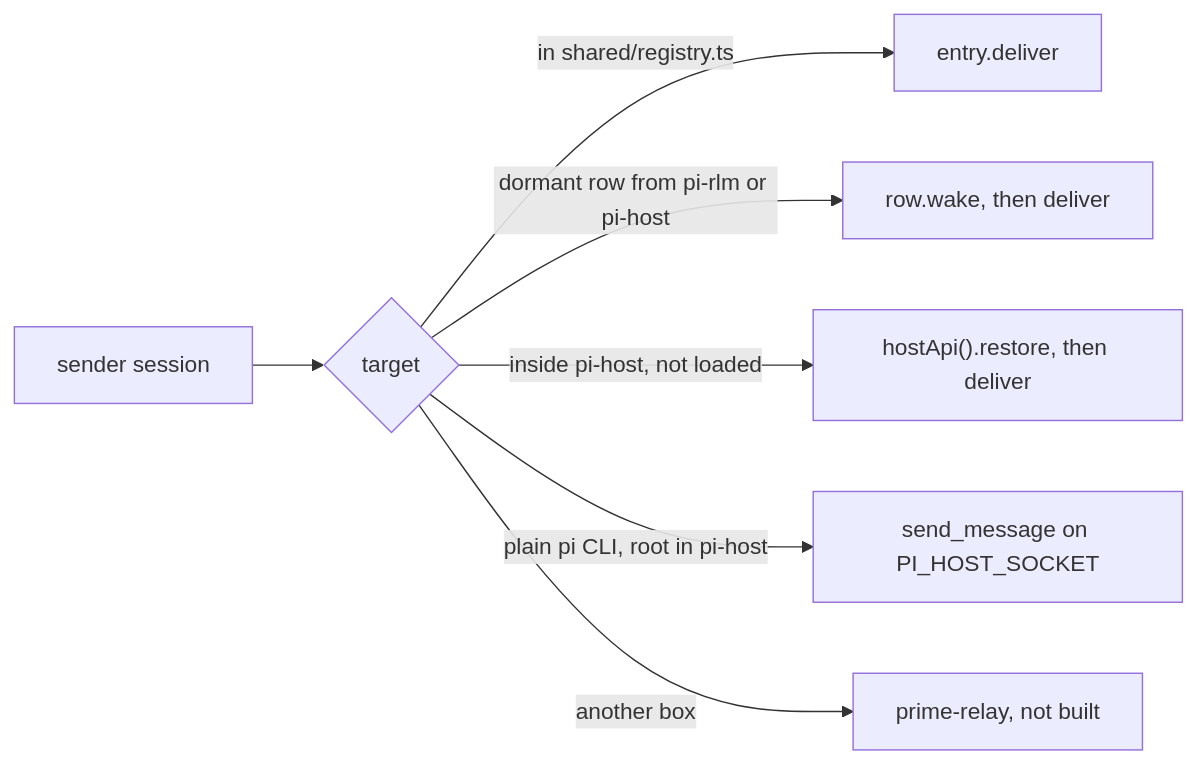
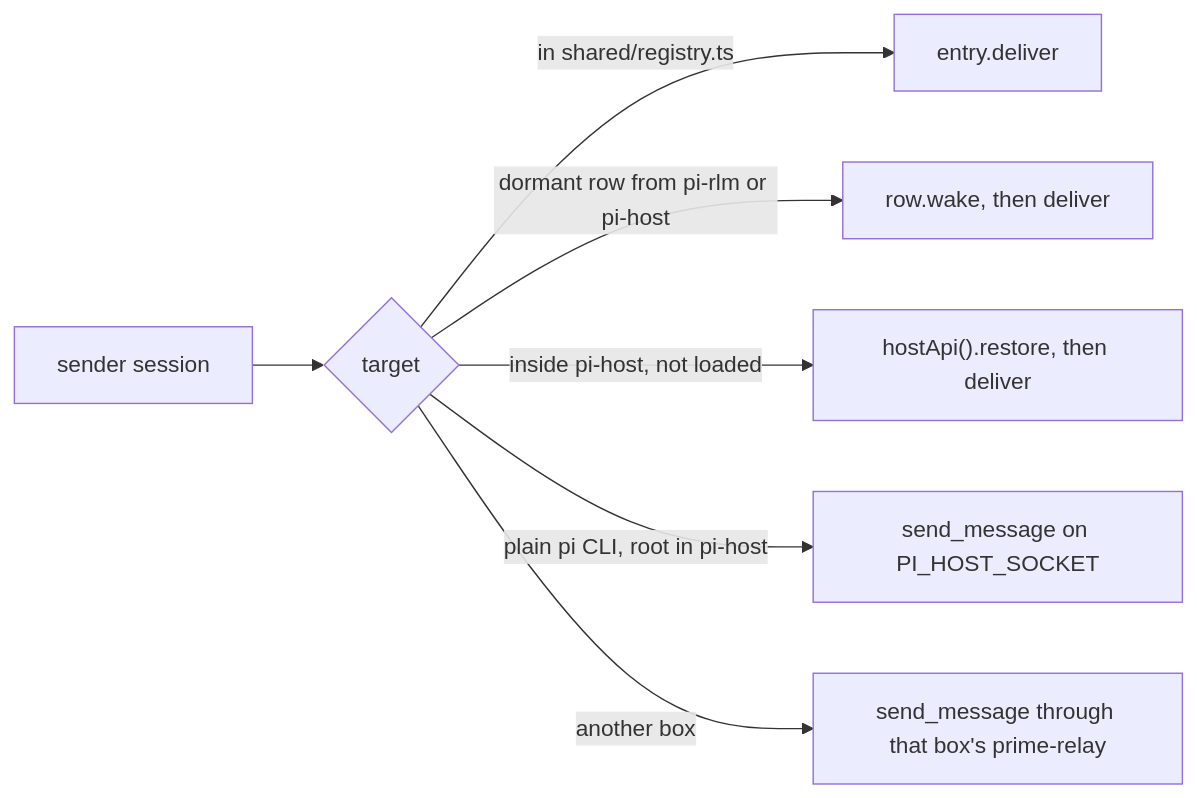
The diagram in components/pi-stack/agent-bus/README.md (sieu-n/sieun-pi), drawn with Mermaid before and after one commit. The commit also changed other lines of this file and 14 other files, not shown here.

Commit message:
pi-stack agent-bus: a durable inbox so queued agent messages survive a kill, an abort or a host crash and land once, and cross-box sends through each box's prime-relay

````diff
--- a/components/pi-stack/agent-bus/README.md
+++ b/components/pi-stack/agent-bus/README.md
@@ -16,9 +16,9 @@
 ```mermaid
 flowchart LR
   s["sender session"] --> r{"target"}
   r -- "in shared/registry.ts" --> d["entry.deliver"]
   r -- "dormant row from pi-rlm or pi-host" --> w["row.wake, then deliver"]
   r -- "inside pi-host, not loaded" --> h["hostApi().restore, then deliver"]
   r -- "plain pi CLI, root in pi-host" --> k["send_message on PI_HOST_SOCKET"]
-  r -- "another box" --> x["prime-relay, not built"]
+  r -- "another box" --> x["send_message through that box's prime-relay"]
 ```
````
